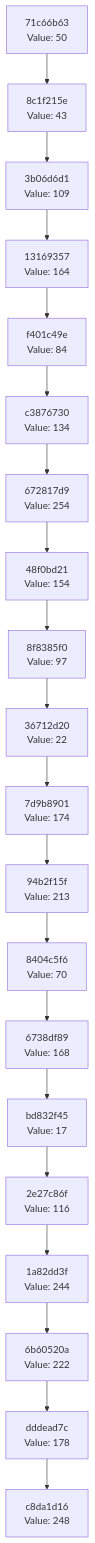
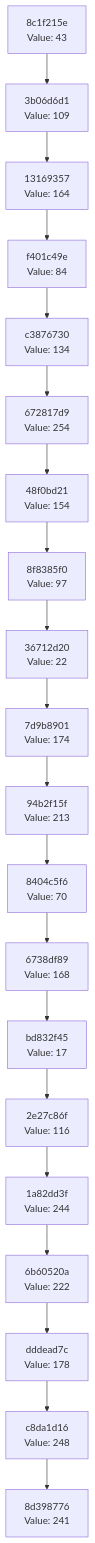
The diagram in docs/CHAIN_VISUALIZATION.md (Abhisheksinha1506/hash-chain-evolver), drawn with Mermaid before and after one commit. The commit also changed 2 other files, not shown here.

Commit message:
Evolution step: hash 0xF1 → action executed

````diff
--- a/docs/CHAIN_VISUALIZATION.md
+++ b/docs/CHAIN_VISUALIZATION.md
@@ -3,42 +3,42 @@
 ```mermaid
 graph TD
-    C0["c8da1d16<br/>Value: 248"]
-    C1["dddead7c<br/>Value: 178"]
+    C0["8d398776<br/>Value: 241"]
+    C1["c8da1d16<br/>Value: 248"]
     C1 --> C0
-    C2["6b60520a<br/>Value: 222"]
+    C2["dddead7c<br/>Value: 178"]
     C2 --> C1
-    C3["1a82dd3f<br/>Value: 244"]
+    C3["6b60520a<br/>Value: 222"]
     C3 --> C2
-    C4["2e27c86f<br/>Value: 116"]
+    C4["1a82dd3f<br/>Value: 244"]
     C4 --> C3
-    C5["bd832f45<br/>Value: 17"]
+    C5["2e27c86f<br/>Value: 116"]
     C5 --> C4
-    C6["6738df89<br/>Value: 168"]
+    C6["bd832f45<br/>Value: 17"]
     C6 --> C5
-    C7["8404c5f6<br/>Value: 70"]
+    C7["6738df89<br/>Value: 168"]
     C7 --> C6
-    C8["94b2f15f<br/>Value: 213"]
+    C8["8404c5f6<br/>Value: 70"]
     C8 --> C7
-    C9["7d9b8901<br/>Value: 174"]
+    C9["94b2f15f<br/>Value: 213"]
     C9 --> C8
-    C10["36712d20<br/>Value: 22"]
+    C10["7d9b8901<br/>Value: 174"]
     C10 --> C9
-    C11["8f8385f0<br/>Value: 97"]
+    C11["36712d20<br/>Value: 22"]
     C11 --> C10
-    C12["48f0bd21<br/>Value: 154"]
+    C12["8f8385f0<br/>Value: 97"]
     C12 --> C11
-    C13["672817d9<br/>Value: 254"]
+    C13["48f0bd21<br/>Value: 154"]
     C13 --> C12
-    C14["c3876730<br/>Value: 134"]
+    C14["672817d9<br/>Value: 254"]
     C14 --> C13
-    C15["f401c49e<br/>Value: 84"]
+    C15["c3876730<br/>Value: 134"]
     C15 --> C14
-    C16["13169357<br/>Value: 164"]
+    C16["f401c49e<br/>Value: 84"]
     C16 --> C15
-    C17["3b06d6d1<br/>Value: 109"]
+    C17["13169357<br/>Value: 164"]
     C17 --> C16
-    C18["8c1f215e<br/>Value: 43"]
+    C18["3b06d6d1<br/>Value: 109"]
     C18 --> C17
-    C19["71c66b63<br/>Value: 50"]
+    C19["8c1f215e<br/>Value: 43"]
     C19 --> C18
 ```
````
